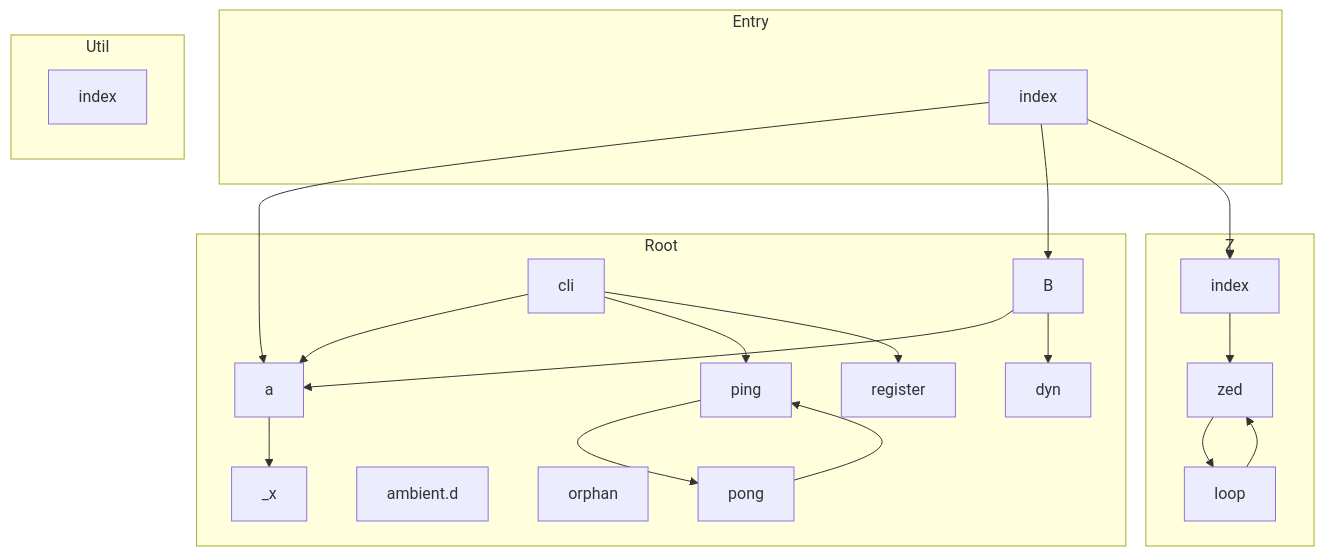
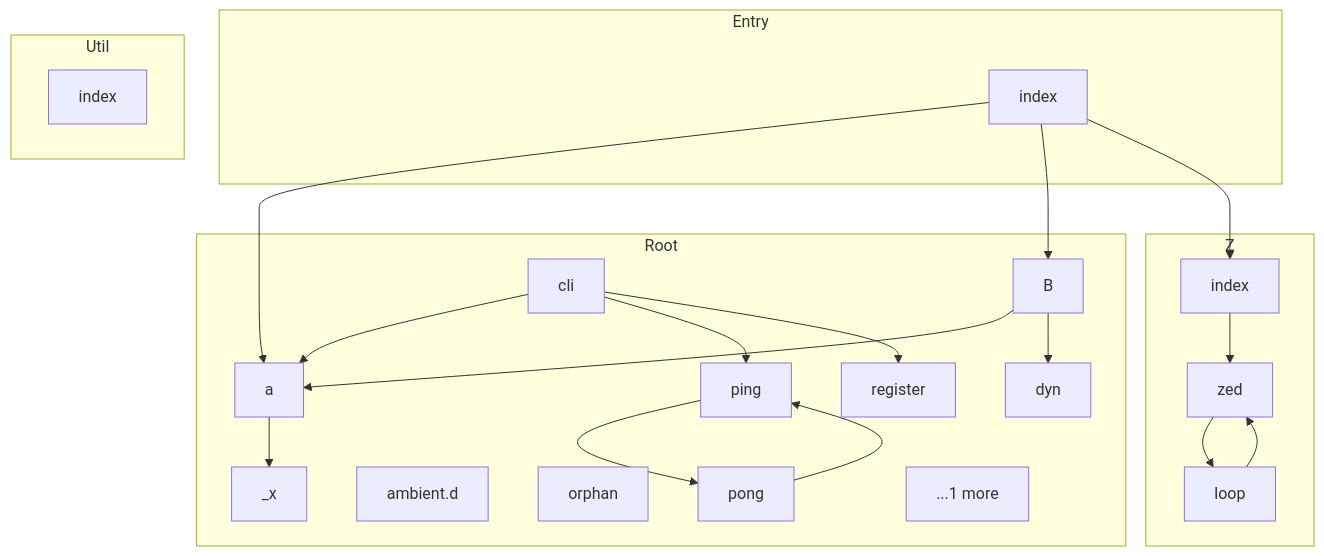
The diagram in tests/golden/depgraph/mini-repo/default/DEPENDENCY_GRAPH.md (danielsimonjr/repo-tools), drawn with Mermaid before and after one commit. The commit also changed other lines of this file and 30 other files, not shown here.

````diff
--- a/tests/golden/depgraph/mini-repo/default/DEPENDENCY_GRAPH.md
+++ b/tests/golden/depgraph/mini-repo/default/DEPENDENCY_GRAPH.md
@@ -263,44 +271,45 @@
 ```mermaid
 graph TD
     subgraph Root
         N0[B]
         N1[_x]
         N2[a]
         N3[ambient.d]
         N4[cli]
         N5[dyn]
         N6[orphan]
         N7[ping]
         N8[pong]
         N9[register]
+        N10[...1 more]
     end
 
     subgraph Z
-        N10[index]
-        N11[loop]
-        N12[zed]
+        N11[index]
+        N12[loop]
+        N13[zed]
     end
 
     subgraph Entry
-        N13[index]
+        N14[index]
     end
 
     subgraph Util
-        N14[index]
+        N15[index]
     end
 
     N0 --> N2
     N0 --> N5
-    N10 --> N12
-    N11 --> N12
-    N12 --> N11
+    N11 --> N13
+    N12 --> N13
+    N13 --> N12
     N2 --> N1
     N4 --> N2
     N4 --> N7
     N4 --> N9
-    N13 --> N2
-    N13 --> N0
-    N13 --> N10
+    N14 --> N2
+    N14 --> N0
+    N14 --> N11
     N7 --> N8
     N8 --> N7
 ```
````
